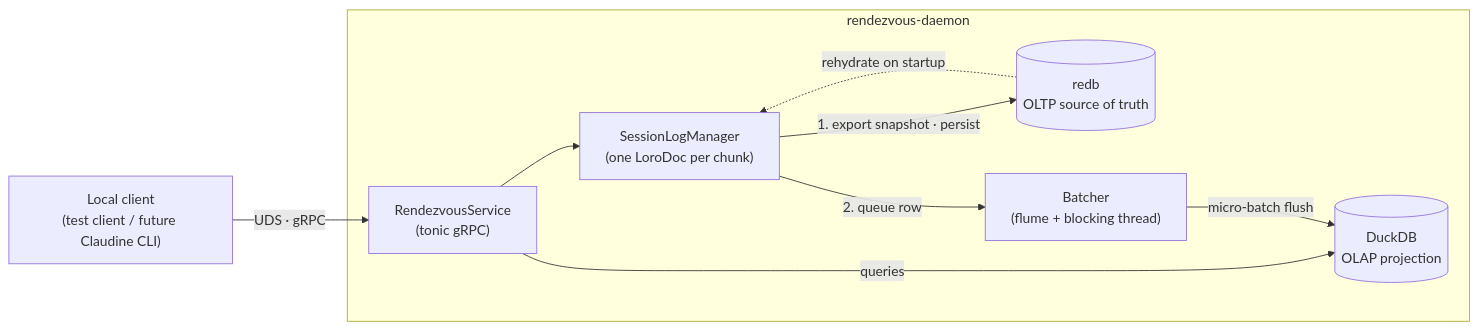
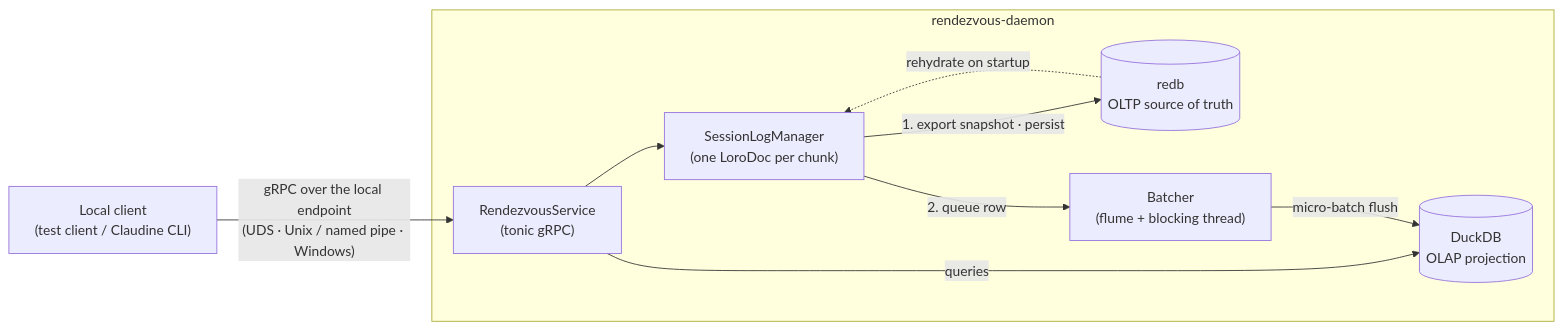
The first of 2 diagrams in claudine/docs/rendezvous/current-state.md (yankeeinlondon/rusty-biscuit), drawn with Mermaid before and after one commit. The commit also changed other lines of this file and 7 other files, not shown here.

````diff
--- a/claudine/docs/rendezvous/current-state.md
+++ b/claudine/docs/rendezvous/current-state.md
@@ -183,18 +216,18 @@
 ```mermaid
 flowchart LR
-    CLIENT["Local client<br/>(test client / future Claudine CLI)"]
+    CLIENT["Local client<br/>(test client / Claudine CLI)"]
     subgraph daemon["rendezvous-daemon"]
         SVC["RendezvousService<br/>(tonic gRPC)"]
         SLM["SessionLogManager<br/>(one LoroDoc per chunk)"]
         STORE[("redb<br/>OLTP source of truth")]
         BATCH["Batcher<br/>(flume + blocking thread)"]
         PROJ[("DuckDB<br/>OLAP projection")]
     end
-    CLIENT -->|"UDS · gRPC"| SVC
+    CLIENT -->|"gRPC over the local endpoint<br/>(UDS · Unix / named pipe · Windows)"| SVC
     SVC --> SLM
     SVC -->|"queries"| PROJ
     SLM -->|"1. export snapshot · persist"| STORE
     SLM -->|"2. queue row"| BATCH
     BATCH -->|"micro-batch flush"| PROJ
     STORE -.->|"rehydrate on startup"| SLM
 ```
````
